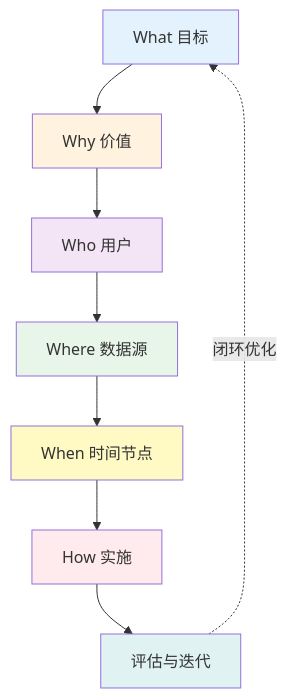
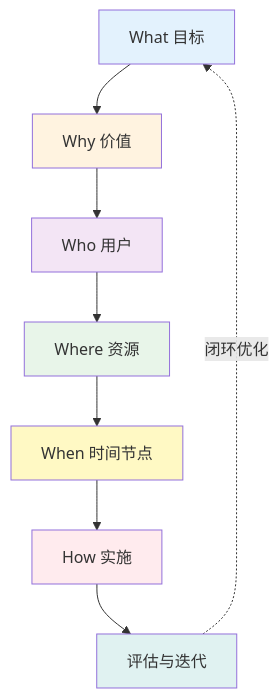
One commit to leahana/leahana.github.io changed the first of 4 diagrams in source/_posts/mindset/2025-04-24-5w1h-ai-knowledge-base-methodology.md. Above: the diagram before and after it, drawn with Mermaid. The commit also changed other lines of this file and 2 other files, not shown here.

````diff
--- a/source/_posts/mindset/2025-04-24-5w1h-ai-knowledge-base-methodology.md
+++ b/source/_posts/mindset/2025-04-24-5w1h-ai-knowledge-base-methodology.md
@@ -21,18 +24,18 @@
 ```mermaid
 graph TD
     A[What 目标] --> B[Why 价值]
     B --> C[Who 用户]
-    C --> D[Where 数据源]
+    C --> D[Where 资源]
     D --> E[When 时间节点]
     E --> F[How 实施]
     F --> G[评估与迭代]
     G -.闭环优化.-> A
 
     style A fill:#e3f2fd
     style B fill:#fff3e0
     style C fill:#f3e5f5
     style D fill:#e8f5e9
     style E fill:#fff9c4
     style F fill:#ffebee
     style G fill:#e0f2f1
 ```
````
